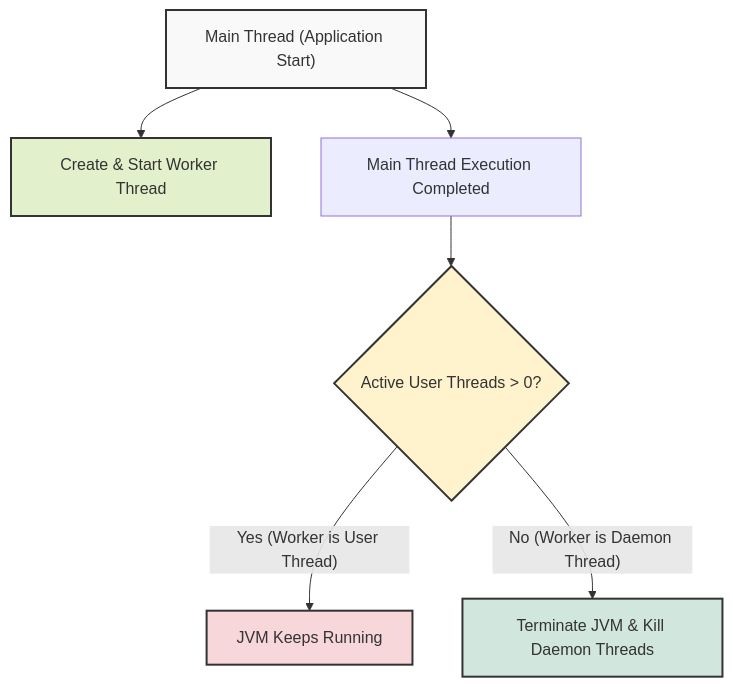
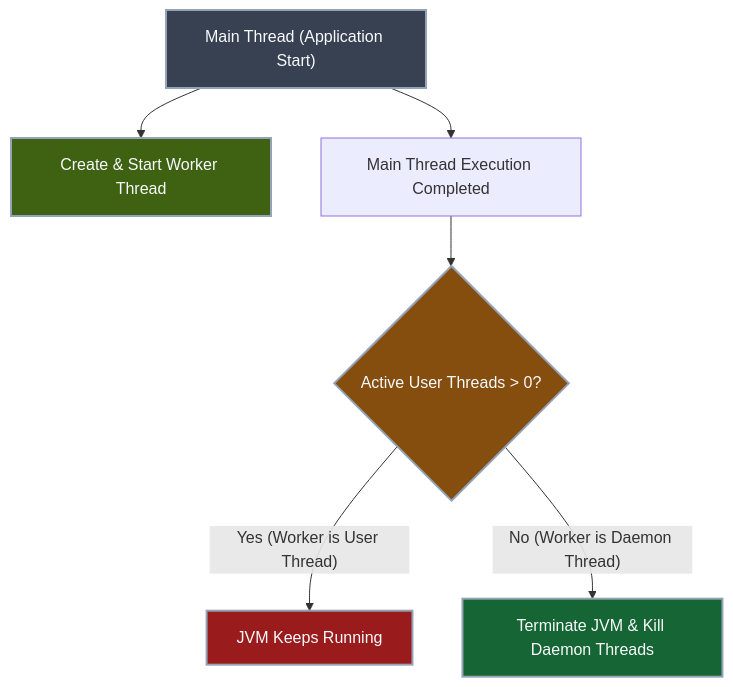
The diagram in _posts/java/12-멀티스레드_기본_이론/2026-03-07-데몬-스레드.md (Kang-Hyesung/kang-hyesung.github.io), drawn with Mermaid before and after one commit. The commit also changed 74 other files, not shown here.

Commit message:
docs: update post visibility and mermaid colors

````diff
--- a/_posts/java/12-멀티스레드_기본_이론/2026-03-07-데몬-스레드.md
+++ b/_posts/java/12-멀티스레드_기본_이론/2026-03-07-데몬-스레드.md
@@ -20,17 +20,17 @@
 ```mermaid
 graph TD
     A["Main Thread (Application Start)"] --> B["Create & Start Worker Thread"]
     A --> C["Main Thread Execution Completed"]
     C --> D{"Active User Threads > 0?"}
     
     D -- "Yes (Worker is User Thread)" --> E["JVM Keeps Running"]
     D -- "No (Worker is Daemon Thread)" --> F["Terminate JVM & Kill Daemon Threads"]
 
     %% 스타일 정의
-    style A fill:#f9f9f9,stroke:#333,stroke-width:2px
-    style B fill:#e2f0cb,stroke:#333,stroke-width:2px
-    style D fill:#fff3cd,stroke:#333,stroke-width:2px
-    style E fill:#f8d7da,stroke:#333,stroke-width:2px
-    style F fill:#d1e7dd,stroke:#333,stroke-width:2px
+    style A fill:#374151,stroke:#94a3b8,stroke-width:2px,color:#f8fafc
+    style B fill:#3f6212,stroke:#94a3b8,stroke-width:2px,color:#f8fafc
+    style D fill:#854d0e,stroke:#94a3b8,stroke-width:2px,color:#f8fafc
+    style E fill:#991b1b,stroke:#94a3b8,stroke-width:2px,color:#f8fafc
+    style F fill:#166534,stroke:#94a3b8,stroke-width:2px,color:#f8fafc
 
 ```
````
